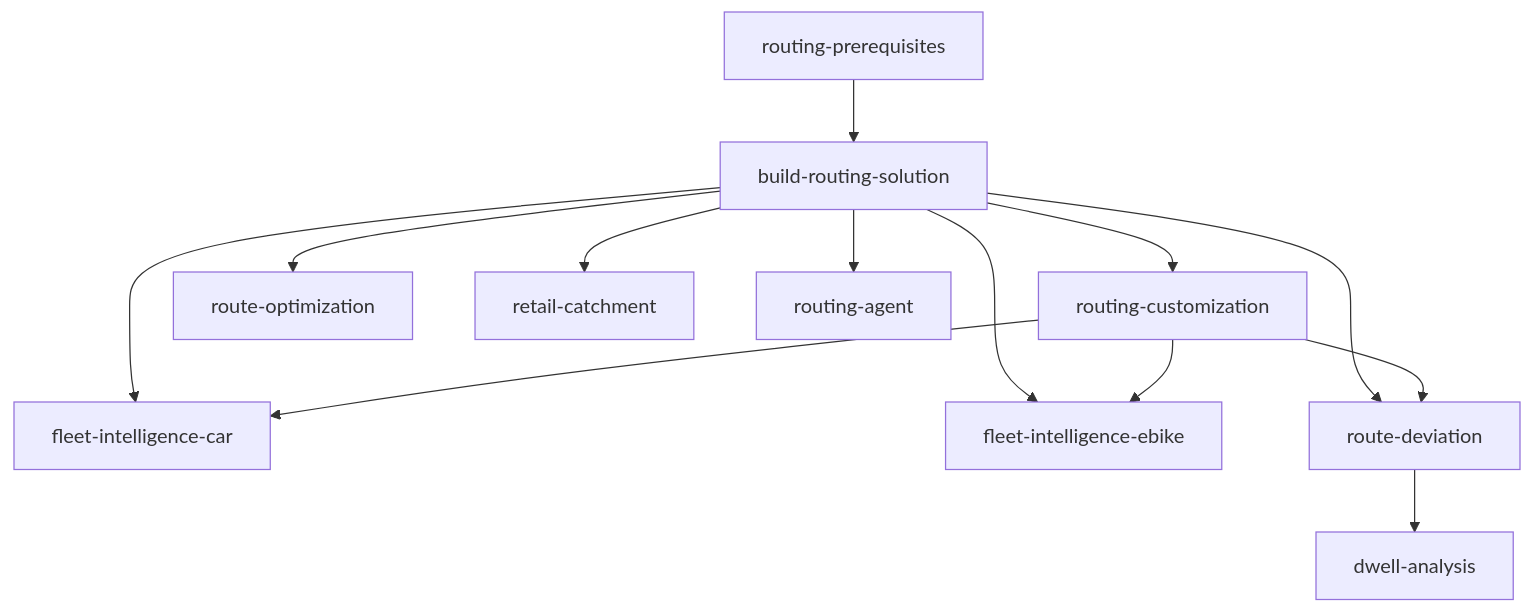
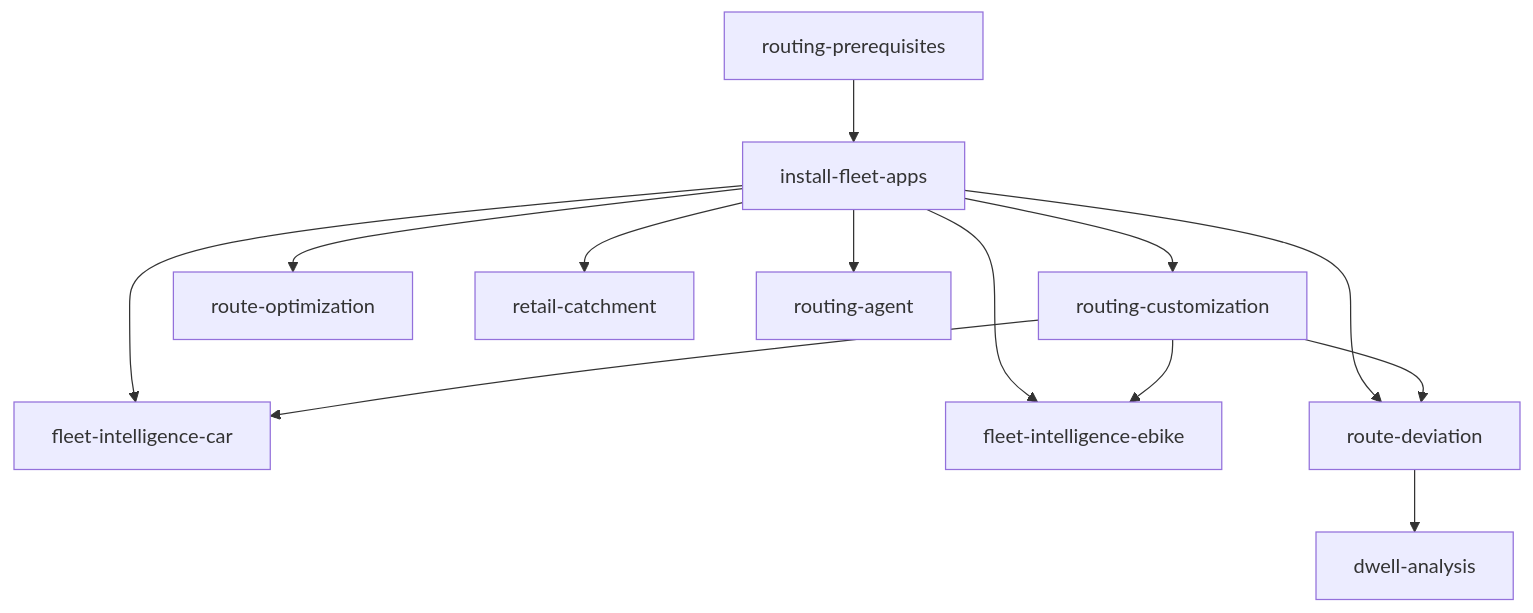
Before and after one commit to Snowflake-Labs/sfguide-create-a-route-optimisation-and-vehicle-route-plan-simulator: the diagram in README.md, drawn with Mermaid. The commit also changed other lines of this file and 297 other files, not shown here.

````diff
--- a/README.md
+++ b/README.md
@@ -160,15 +161,15 @@
 ```mermaid
 graph TD
-    RP[routing-prerequisites] --> BRS[build-routing-solution]
-    BRS --> RC[routing-customization]
-    BRS --> RO[route-optimization]
-    BRS --> FIT[fleet-intelligence-car]
-    BRS --> FIFD[fleet-intelligence-ebike]
-    BRS --> RET[retail-catchment]
-    BRS --> RD[route-deviation]
-    BRS --> RA[routing-agent]
+    RP[routing-prerequisites] --> IFA[install-fleet-apps]
+    IFA --> RC[routing-customization]
+    IFA --> RO[route-optimization]
+    IFA --> FIT[fleet-intelligence-car]
+    IFA --> FIFD[fleet-intelligence-ebike]
+    IFA --> RET[retail-catchment]
+    IFA --> RD[route-deviation]
+    IFA --> RA[routing-agent]
     RC --> FIT
     RC --> FIFD
     RC --> RD
     RD --> DA[dwell-analysis]
 ```
````
